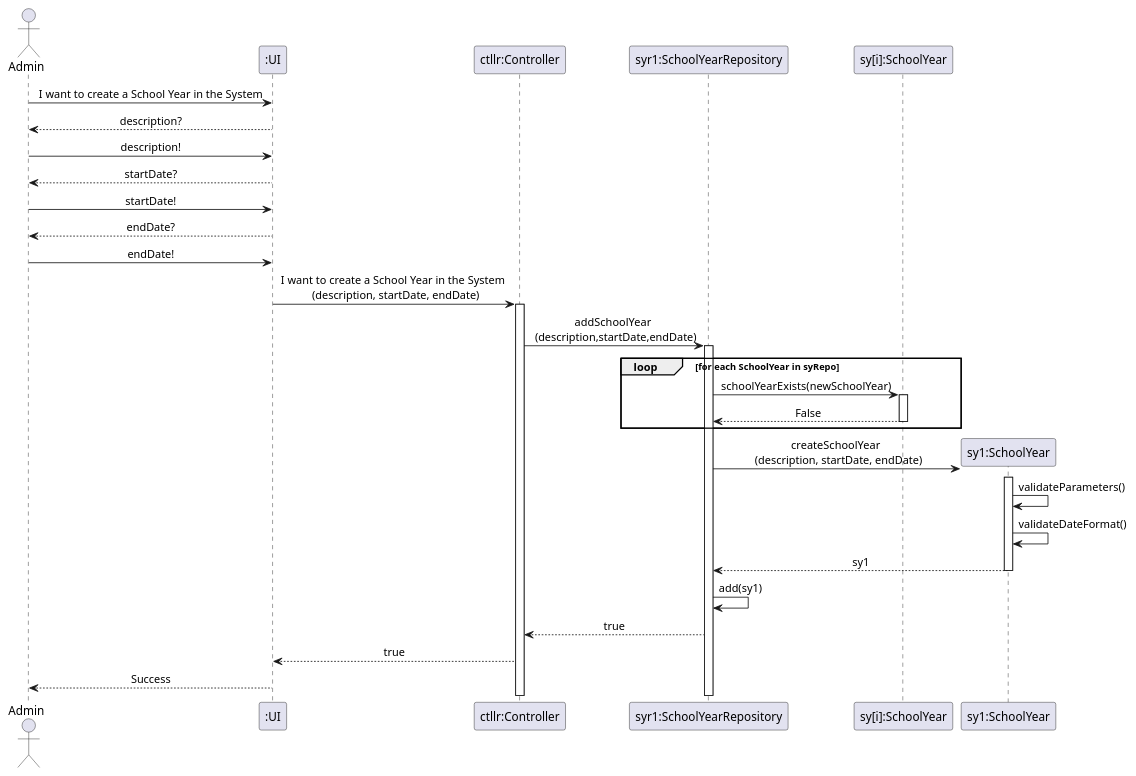
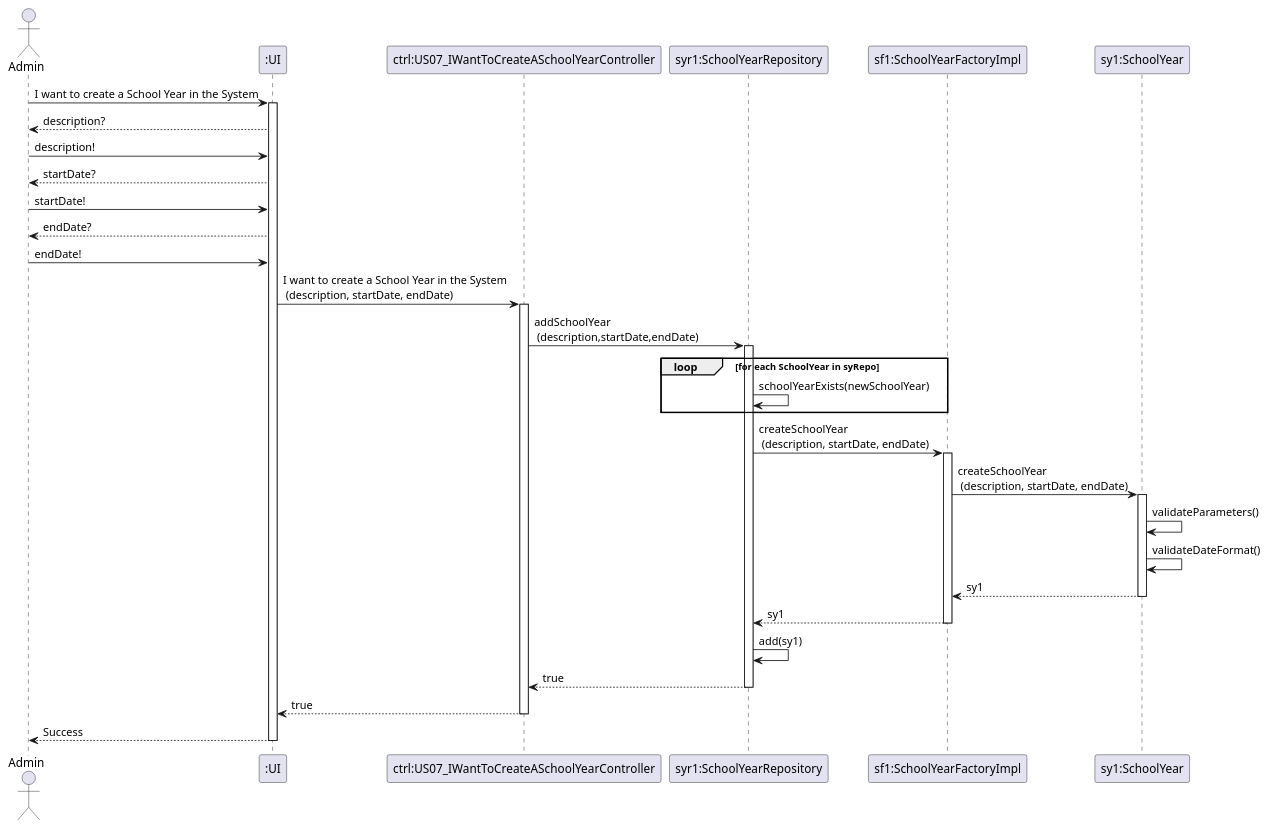
One commit to GasparISEP/DevOps-PAI changed the diagram in docs/US07/US07_SequenceDiagram.puml. Above: the diagram before and after it, drawn with PlantUML.

Commit message:
Updated US07 Sequence Diagram

```diff
--- a/docs/US07/US07_SequenceDiagram.puml
+++ b/docs/US07/US07_SequenceDiagram.puml
@@ -1,41 +1,49 @@
 @startuml
-skinparam sequenceMessageAlign center
 
 actor Admin
 participant ":UI" as UI
-participant "ctllr:Controller" as ctrl
+participant "ctrl:US07_IWantToCreateASchoolYearController" as ctrl
 participant "syr1:SchoolYearRepository" as syRepo
-participant "sy[i]:SchoolYear" as SY
+participant "sf1:SchoolYearFactoryImpl" as syFactoryImpl
+participant "sy1:SchoolYear" as SchoolYear
 
 Admin -> UI : I want to create a School Year in the System
+activate UI
 UI --> Admin : description?
 Admin -> UI : description!
 UI --> Admin : startDate?
 Admin -> UI : startDate!
 UI --> Admin : endDate?
 Admin -> UI : endDate!
 
 UI -> ctrl : I want to create a School Year in the System \n (description, startDate, endDate)
 activate ctrl
 ctrl -> syRepo : addSchoolYear \n (description,startDate,endDate)
 activate syRepo
+
 loop for each SchoolYear in syRepo
-    syRepo -> SY : schoolYearExists(newSchoolYear)
-    activate SY
-    SY --> syRepo : False
-    deactivate SY
+    syRepo -> syRepo : schoolYearExists(newSchoolYear)
 end
-create "sy1:SchoolYear" as SchoolYear
-syRepo -> SchoolYear: createSchoolYear \n (description, startDate, endDate)
+
+syRepo -> syFactoryImpl: createSchoolYear \n (description, startDate, endDate)
+activate syFactoryImpl
+syFactoryImpl -> SchoolYear: createSchoolYear \n (description, startDate, endDate)
+
 activate SchoolYear
-SchoolYear -> SchoolYear : validateParameters()
-SchoolYear -> SchoolYear : validateDateFormat()
-SchoolYear --> syRepo: sy1
+SchoolYear -> SchoolYear: validateParameters()
+SchoolYear -> SchoolYear: validateDateFormat()
+SchoolYear --> syFactoryImpl: sy1
 deactivate SchoolYear
+
+syFactoryImpl --> syRepo: sy1
+deactivate syFactoryImpl
 
 syRepo -> syRepo : add(sy1)
 syRepo --> ctrl : true
+deactivate syRepo
 ctrl --> UI : true
+deactivate ctrl
 UI --> Admin : Success
+deactivate UI
 
 @enduml
```
